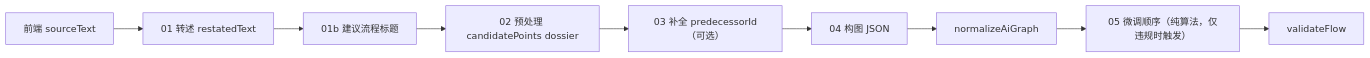
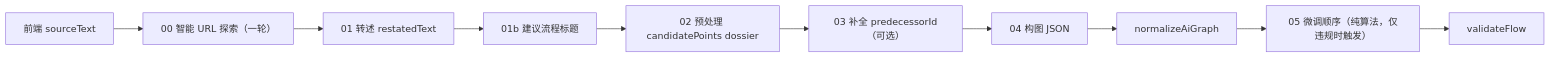
One commit to Muxiii/UW-Triage-Prototype changed the diagram in docs/FILE2FLOW_AND_CHAT2FLOW.md. Above: the diagram before and after it, drawn with Mermaid. The commit also changed other lines of this file and 5 other files, not shown here.

````diff
--- a/docs/FILE2FLOW_AND_CHAT2FLOW.md
+++ b/docs/FILE2FLOW_AND_CHAT2FLOW.md
@@ -31,11 +31,12 @@
 ```mermaid
 flowchart LR
-  A[前端 sourceText] --> B["01 转述 restatedText"]
+  S[前端 sourceText] --> A0["00 智能 URL 探索（一轮）"]
+  A0 --> B["01 转述 restatedText"]
   B --> B2["01b 建议流程标题"]
   B2 --> C["02 预处理 candidatePoints dossier"]
   C --> D["03 补全 predecessorId（可选）"]
   D --> E["04 构图 JSON"]
   E --> F["normalizeAiGraph"]
   F --> G["05 微调顺序（纯算法，仅违规时触发）"]
   G --> H["validateFlow"]
 ```
````
